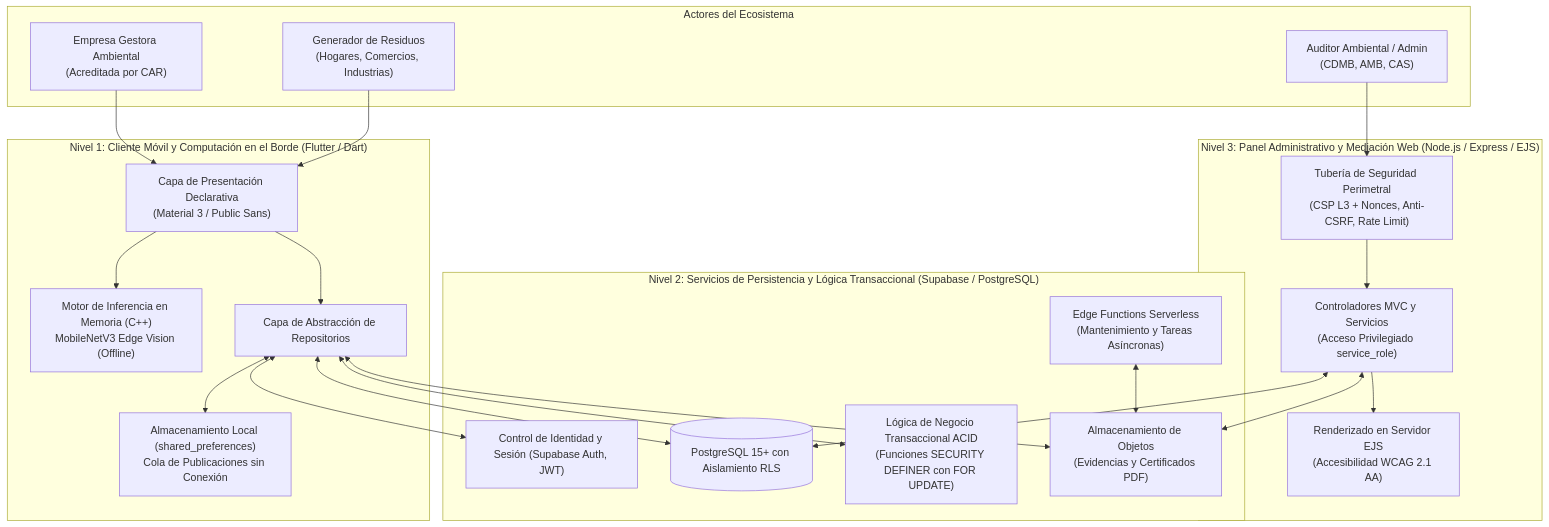
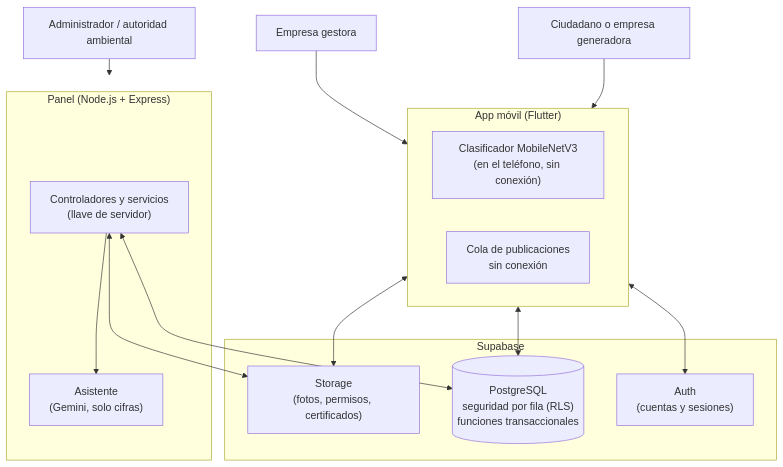
The first of 2 diagrams in README.md (C3RLOSMORENO/EcoResiduos), drawn with Mermaid before and after one commit. The commit also changed other lines of this file and 63 other files, not shown here.

Commit message:
correciones generales en la app y web

````diff
--- a/README.md
+++ b/README.md
@@ -91,46 +65,29 @@
 ```mermaid
 flowchart TD
-    subgraph Actores["Actores del Ecosistema"]
-        GEN["Generador de Residuos<br/>(Hogares, Comercios, Industrias)"]
-        GES["Empresa Gestora Ambiental<br/>(Acreditada por CAR)"]
-        ADM["Auditor Ambiental / Admin<br/>(CDMB, AMB, CAS)"]
+    GEN["Ciudadano o empresa generadora"] --> APP
+    GES["Empresa gestora"] --> APP
+    ADM["Administrador / autoridad ambiental"] --> PANEL
+
+    subgraph APP["App móvil (Flutter)"]
+        TFL["Clasificador MobileNetV3<br/>(en el teléfono, sin conexión)"]
+        COLA["Cola de publicaciones<br/>sin conexión"]
     end
 
-    subgraph Tier1["Nivel 1: Cliente Móvil y Computación en el Borde (Flutter / Dart)"]
-        UI["Capa de Presentación Declarativa<br/>(Material 3 / Public Sans)"]
-        TFL["Motor de Inferencia en Memoria (C++)<br/>MobileNetV3 Edge Vision (Offline)"]
-        REPO["Capa de Abstracción de Repositorios"]
-        SQLITE["Almacenamiento Local (shared_preferences)<br/>Cola de Publicaciones sin Conexión"]
+    subgraph SUPA["Supabase"]
+        AUTH["Auth<br/>(cuentas y sesiones)"]
+        DB[("PostgreSQL<br/>seguridad por fila (RLS)<br/>funciones transaccionales")]
+        STOR["Storage<br/>(fotos, permisos, certificados)"]
     end
 
-    subgraph Tier2["Nivel 2: Servicios de Persistencia y Lógica Transaccional (Supabase / PostgreSQL)"]
-        AUTH["Control de Identidad y Sesión (Supabase Auth, JWT)"]
-        DB[(PostgreSQL 15+ con Aislamiento RLS)]
-        RPC["Lógica de Negocio Transaccional ACID<br/>(Funciones SECURITY DEFINER con FOR UPDATE)"]
-        STOR["Almacenamiento de Objetos<br/>(Evidencias y Certificados PDF)"]
-        EDGE["Edge Functions Serverless<br/>(Mantenimiento y Tareas Asíncronas)"]
+    subgraph PANEL["Panel (Node.js + Express)"]
+        MVC["Controladores y servicios<br/>(llave de servidor)"]
+        IA["Asistente<br/>(Gemini, solo cifras)"]
     end
 
-    subgraph Tier3["Nivel 3: Panel Administrativo y Mediación Web (Node.js / Express / EJS)"]
-        PIPE["Tubería de Seguridad Perimetral<br/>(CSP L3 + Nonces, Anti-CSRF, Rate Limit)"]
-        MVC["Controladores MVC y Servicios<br/>(Acceso Privilegiado service_role)"]
-        SSR["Renderizado en Servidor EJS<br/>(Accesibilidad WCAG 2.1 AA)"]
-    end
-
-    GEN --> UI
-    GES --> UI
-    UI --> TFL
-    UI --> REPO
-    REPO <--> SQLITE
-    REPO <--> AUTH
-    REPO <--> DB
-    REPO <--> RPC
-    REPO <--> STOR
-
-    ADM --> PIPE
-    PIPE --> MVC
-    MVC --> SSR
+    APP <--> AUTH
+    APP <--> DB
+    APP <--> STOR
     MVC <--> DB
     MVC <--> STOR
-    EDGE <--> STOR
+    MVC --> IA
 ```
````
